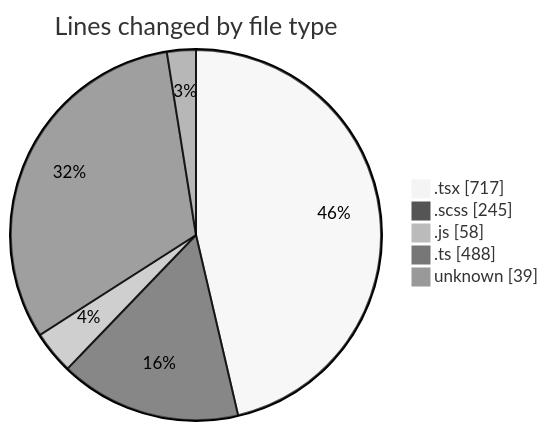
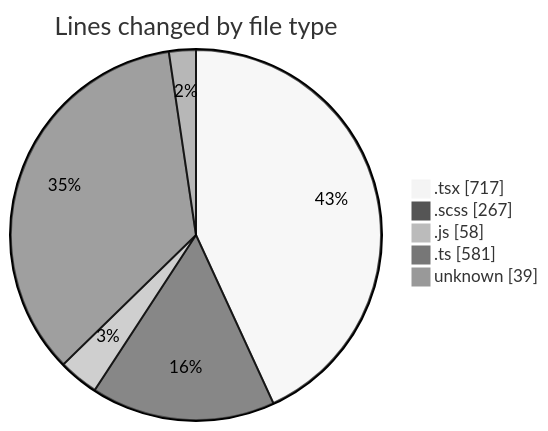
One commit to momahboobian/code-tracking changed the first of 2 diagrams in 2025-05-02/cda/README.md. Above: the diagram before and after it, drawn with Mermaid (neutral theme). The commit also changed other lines of this file and 1 other file, not shown here.

````diff
--- a/2025-05-02/cda/README.md
+++ b/2025-05-02/cda/README.md
@@ -28,9 +29,9 @@
 ```mermaid
 pie showData
 title Lines changed by file type
 ".tsx" : 717
-".scss" : 245
+".scss" : 267
 ".js" : 58
-".ts" : 488
+".ts" : 581
 "unknown" : 39
 ```
````
